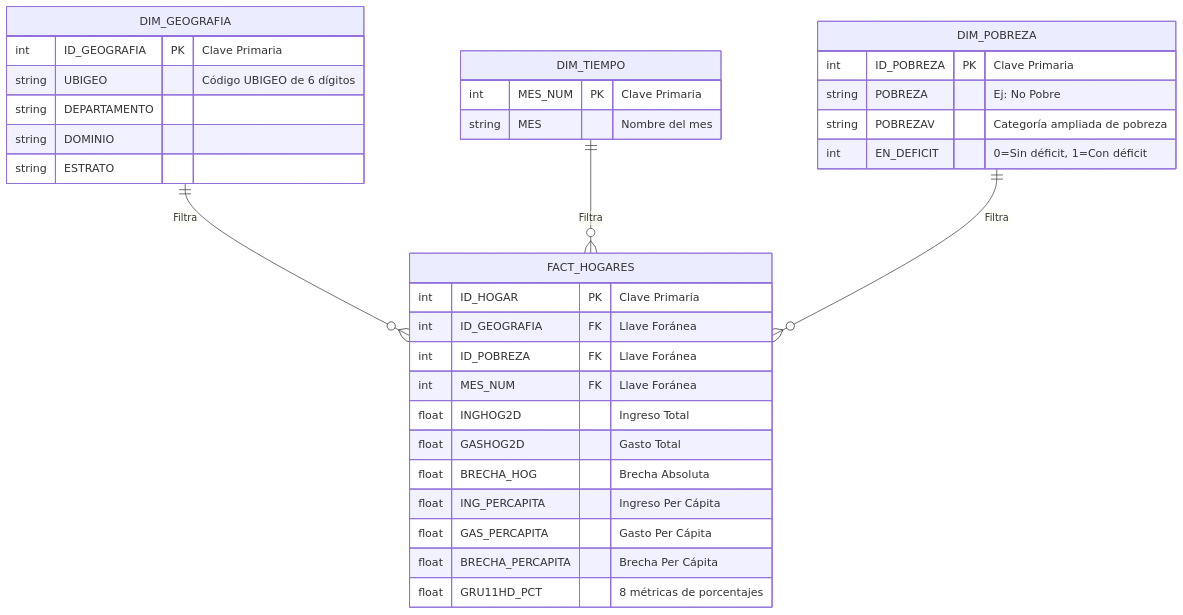
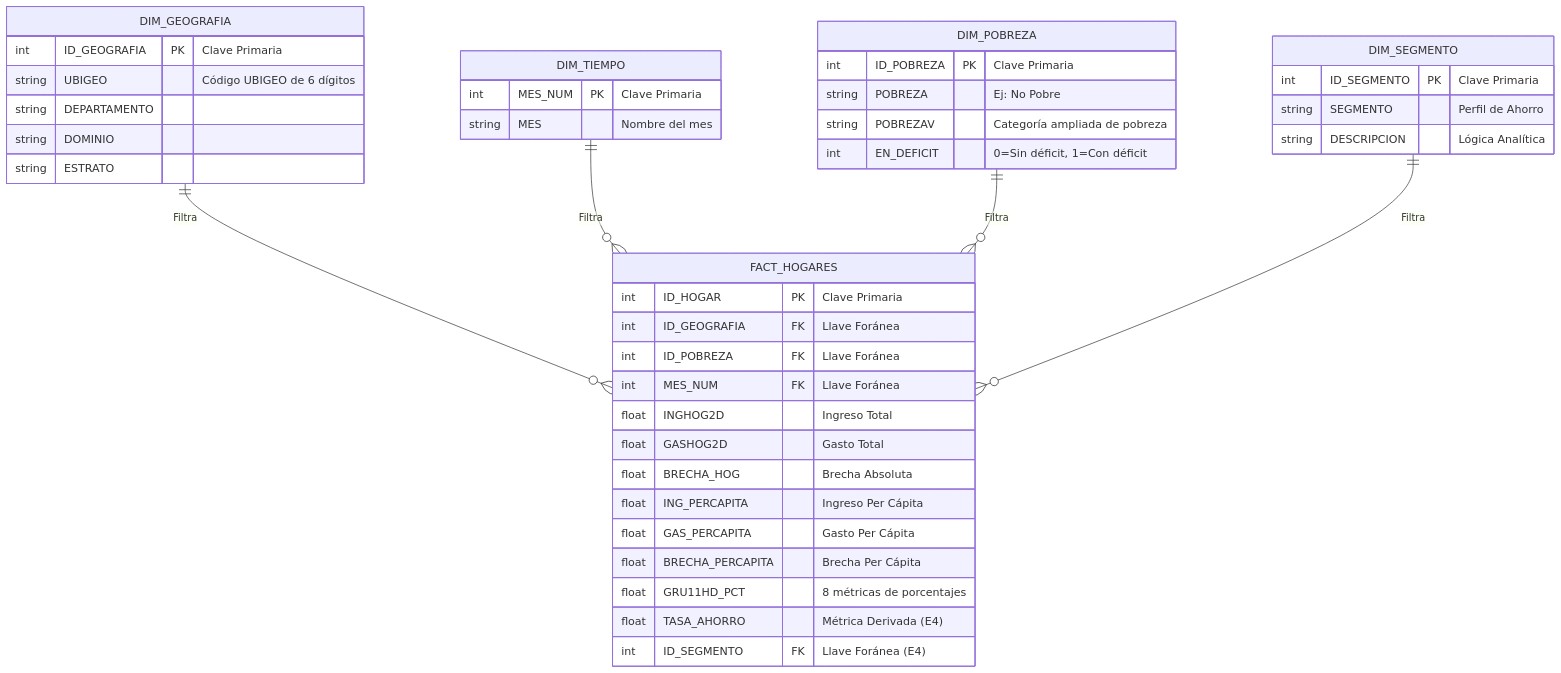
Before and after one commit to YuhiTTo/GRUPO5-DATAVISUALIZATION: the diagram in docs/diagrama_estrella.md, drawn with Mermaid. The commit also changed 8 other files, not shown here.

````diff
--- a/docs/diagrama_estrella.md
+++ b/docs/diagrama_estrella.md
@@ -5,43 +5,52 @@
 ```mermaid
 erDiagram
     %% Definición de la Tabla de Hechos
     FACT_HOGARES {
         int ID_HOGAR PK "Clave Primaria"
         int ID_GEOGRAFIA FK "Llave Foránea"
         int ID_POBREZA FK "Llave Foránea"
         int MES_NUM FK "Llave Foránea"
         float INGHOG2D "Ingreso Total"
         float GASHOG2D "Gasto Total"
         float BRECHA_HOG "Brecha Absoluta"
         float ING_PERCAPITA "Ingreso Per Cápita"
         float GAS_PERCAPITA "Gasto Per Cápita"
         float BRECHA_PERCAPITA "Brecha Per Cápita"
         float GRU11HD_PCT "8 métricas de porcentajes"
+        float TASA_AHORRO "Métrica Derivada (E4)"
+        int ID_SEGMENTO FK "Llave Foránea (E4)"
     }
 
     %% Definición de las Dimensiones
     DIM_GEOGRAFIA {
         int ID_GEOGRAFIA PK "Clave Primaria"
         string UBIGEO "Código UBIGEO de 6 dígitos"
         string DEPARTAMENTO 
         string DOMINIO 
         string ESTRATO 
     }
 
     DIM_TIEMPO {
         int MES_NUM PK "Clave Primaria"
         string MES "Nombre del mes"
     }
 
     DIM_POBREZA {
         int ID_POBREZA PK "Clave Primaria"
         string POBREZA "Ej: No Pobre"
         string POBREZAV "Categoría ampliada de pobreza"
         int EN_DEFICIT "0=Sin déficit, 1=Con déficit"
     }
 
+    DIM_SEGMENTO {
+        int ID_SEGMENTO PK "Clave Primaria"
+        string SEGMENTO "Perfil de Ahorro"
+        string DESCRIPCION "Lógica Analítica"
+    }
+
     %% Relaciones (1 a Muchos)
     DIM_GEOGRAFIA ||--o{ FACT_HOGARES : "Filtra"
     DIM_TIEMPO ||--o{ FACT_HOGARES : "Filtra"
     DIM_POBREZA ||--o{ FACT_HOGARES : "Filtra"
+    DIM_SEGMENTO ||--o{ FACT_HOGARES : "Filtra"
 ```
````
